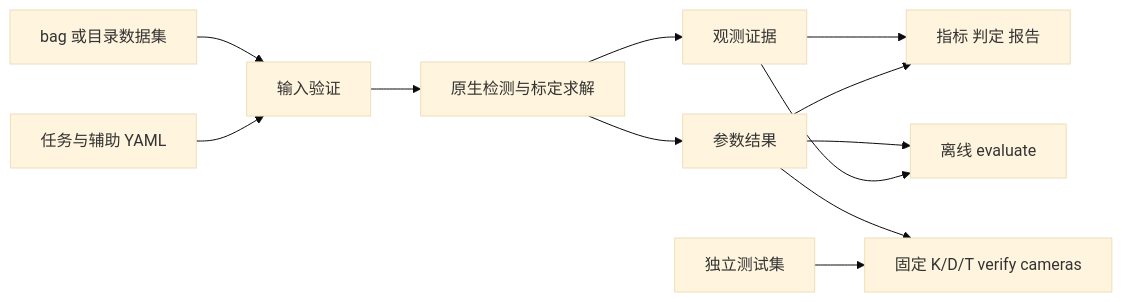
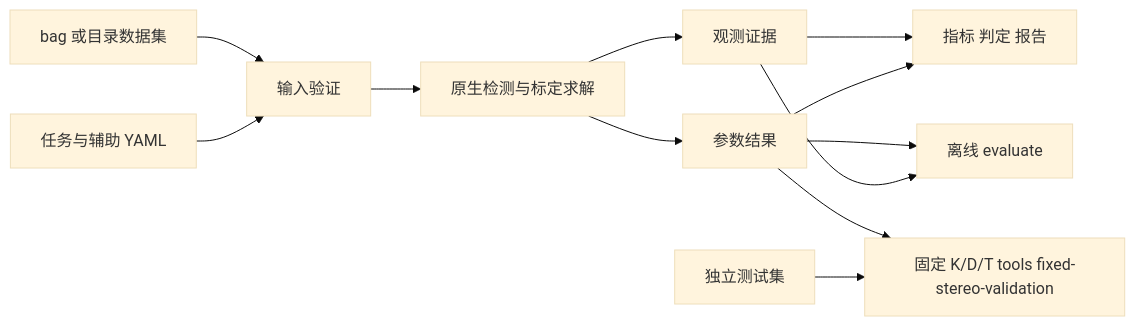
The diagram in docs/SOURCE_CODE_DEEP_DIVE_ZH.md (Vincent11499/kalibr_no_ros), drawn with Mermaid (base theme) before and after one commit. The commit also changed other lines of this file and 62 other files, not shown here.

````diff
--- a/docs/SOURCE_CODE_DEEP_DIVE_ZH.md
+++ b/docs/SOURCE_CODE_DEEP_DIVE_ZH.md
@@ -29,14 +29,14 @@
 ```mermaid
 flowchart LR
     Task[任务与辅助 YAML] --> Validate[输入验证]
     Data[bag 或目录数据集] --> Validate
     Validate --> Native[原生检测与标定求解]
     Native --> Result[参数结果]
     Native --> Evidence[观测证据]
     Result --> Report[指标 判定 报告]
     Evidence --> Report
     Evidence --> Evaluate[离线 evaluate]
     Result --> Evaluate
-    TestData[独立测试集] --> Verify[固定 K/D/T verify cameras]
+    TestData[独立测试集] --> Verify[固定 K/D/T tools fixed-stereo-validation]
     Result --> Verify
 ```
````
